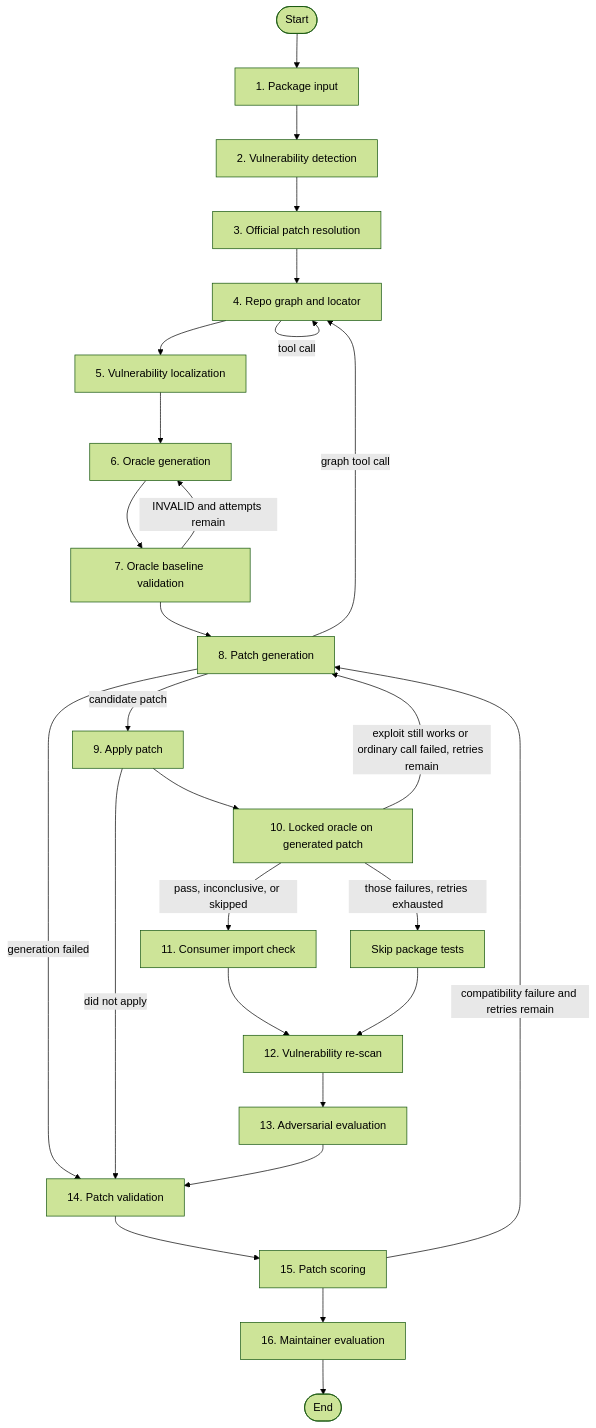
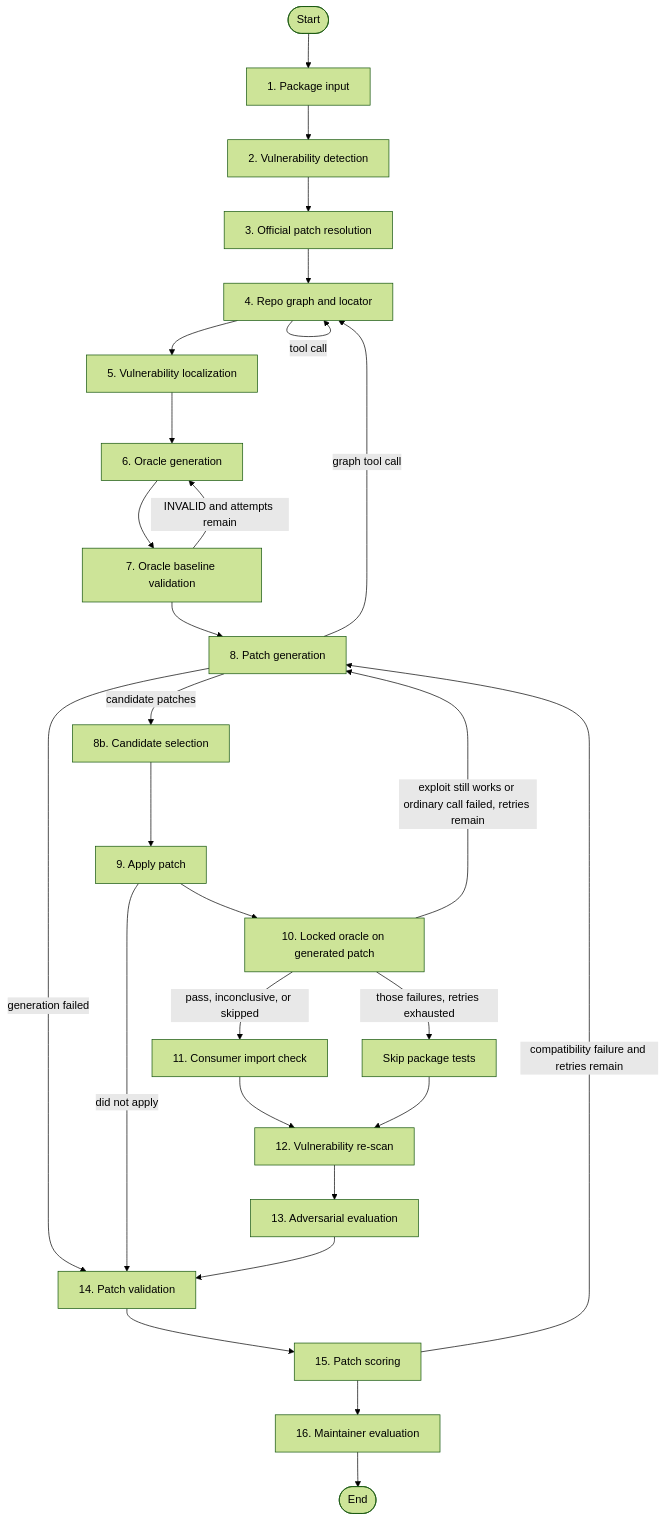
Before and after one commit to shirosensei02/FYP: the diagram in PIPELINE_FLOW.md, drawn with Mermaid (forest theme). The commit also changed other lines of this file and 13 other files, not shown here.

````diff
--- a/PIPELINE_FLOW.md
+++ b/PIPELINE_FLOW.md
@@ -15,29 +15,30 @@
 ```mermaid
 flowchart TD
     A([Start]) --> B[1. Package input]
     B --> C[2. Vulnerability detection]
     C --> D[3. Official patch resolution]
     D --> E[4. Repo graph and locator]
     E -->|tool call| E
     E --> F[5. Vulnerability localization]
     F --> G[6. Oracle generation]
     G --> H[7. Oracle baseline validation]
     H -->|INVALID and attempts remain| G
     H --> I[8. Patch generation]
     I -->|graph tool call| E
     I -->|generation failed| Q[14. Patch validation]
-    I -->|candidate patch| J[9. Apply patch]
+    I -->|candidate patches| I2[8b. Candidate selection]
+    I2 --> J[9. Apply patch]
     J -->|did not apply| Q
     J --> K[10. Locked oracle on generated patch]
     K -->|exploit still works or ordinary call failed, retries remain| I
     K -->|those failures, retries exhausted| R[Skip package tests]
     K -->|pass, inconclusive, or skipped| L[11. Consumer import check]
     L --> M[12. Vulnerability re-scan]
     R --> M
     M --> N[13. Adversarial evaluation]
     N --> Q
     Q --> S[15. Patch scoring]
     S -->|compatibility failure and retries remain| I
     S --> T[16. Maintainer evaluation]
     T --> U([End])
 ```
````
